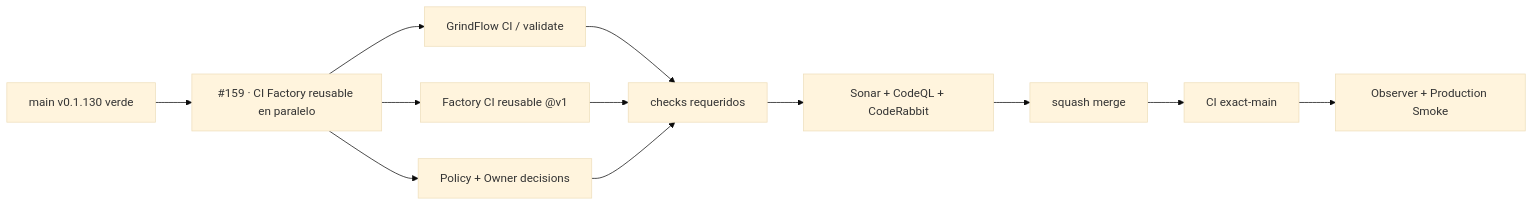
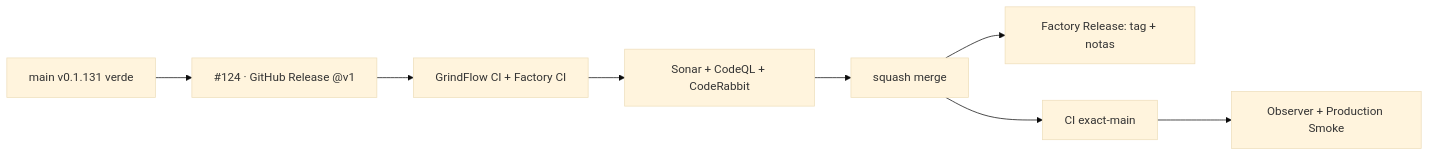
The diagram in README.md (pl0n3r/GrindFlow), drawn with Mermaid (base theme) before and after one commit. The commit also changed other lines of this file and 8 other files, not shown here.

First line of the commit message:
infra: adoptar GitHub Release Factory v1 (V 0.1.132) (#162)

````diff
--- a/README.md
+++ b/README.md
@@ -47,14 +48,10 @@
 ```mermaid
 flowchart LR
-  A["main v0.1.130 verde"] --> P["#159 · CI Factory reusable en paralelo"]
-  P --> F["GrindFlow CI / validate"]
-  P --> K["Factory CI reusable @v1"]
-  P --> O["Policy + Owner decisions"]
-  F --> Q["checks requeridos"]
-  K --> Q
-  O --> Q
-  Q --> R["Sonar + CodeQL + CodeRabbit"]
-  R --> M["squash merge"]
+  A["main v0.1.131 verde"] --> P["#124 · GitHub Release @v1"]
+  P --> F["GrindFlow CI + Factory CI"]
+  F --> Q["Sonar + CodeQL + CodeRabbit"]
+  Q --> M["squash merge"]
+  M --> R["Factory Release: tag + notas"]
   M --> X["CI exact-main"]
   X --> S["Observer + Production Smoke"]
 ```
````
